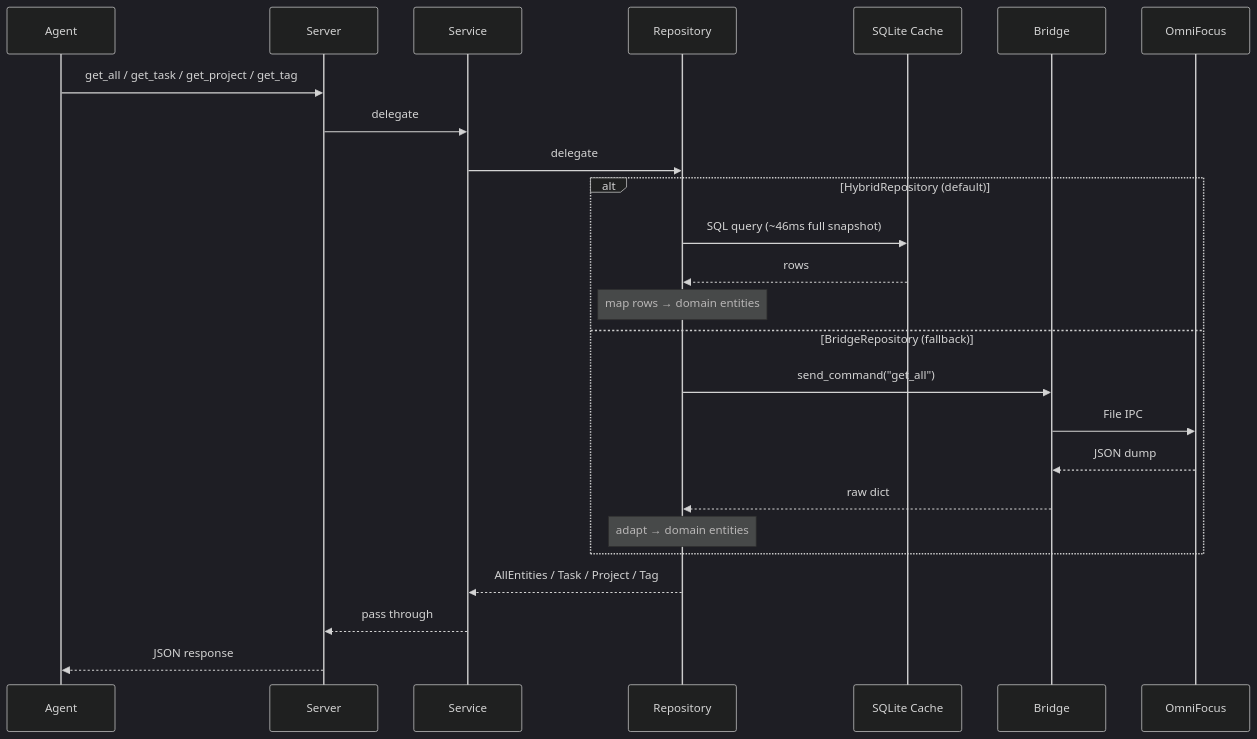
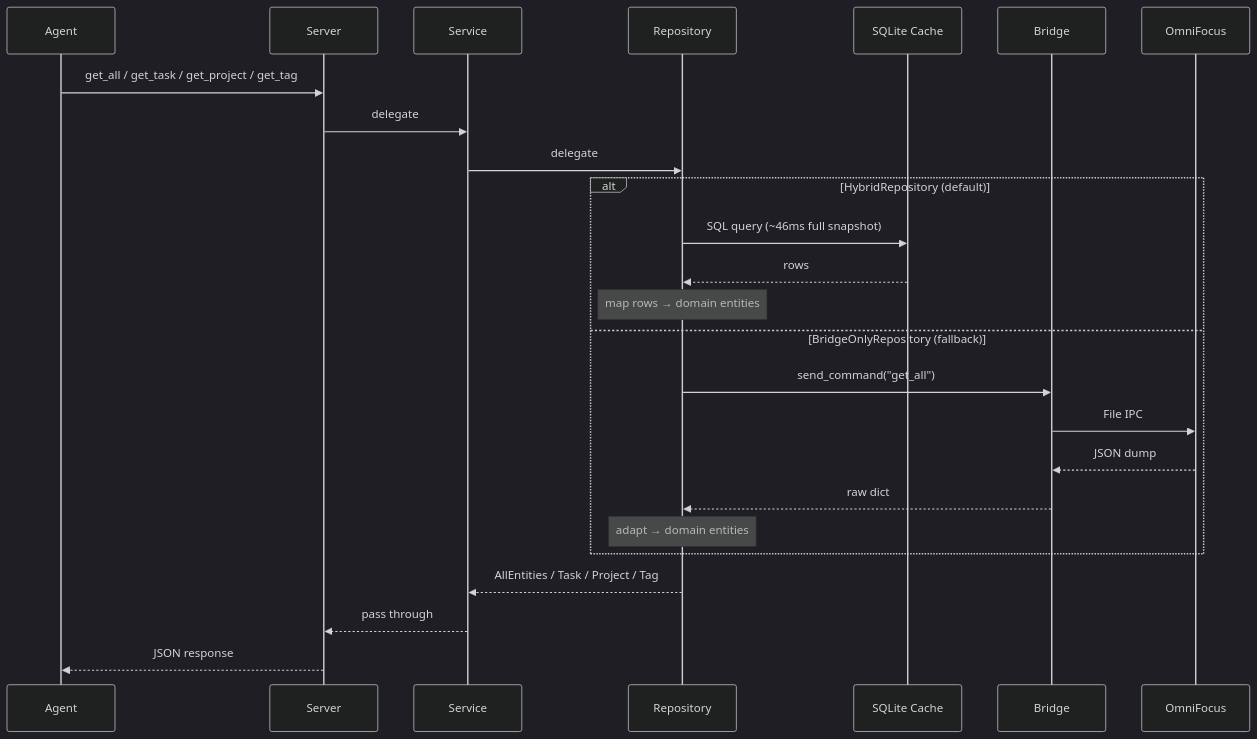
The fourth of 5 diagrams in docs/architecture.md (HelloThisIsFlo/omnifocus-operator), drawn with Mermaid (dark theme) before and after one commit. The commit also changed other lines of this file and 24 other files, not shown here.

First line of the commit message:
refactor: rename BridgeRepository → BridgeOnlyRepository

````diff
--- a/docs/architecture.md
+++ b/docs/architecture.md
@@ -197,30 +207,30 @@
 ```mermaid
 sequenceDiagram
     participant A as Agent
     participant S as Server
     participant Svc as Service
     participant R as Repository
     participant SQLite as SQLite Cache
     participant B as Bridge
     participant OF as OmniFocus
 
     A->>S: get_all / get_task / get_project / get_tag
     S->>Svc: delegate
     Svc->>R: delegate
 
     alt HybridRepository (default)
         R->>SQLite: SQL query (~46ms full snapshot)
         SQLite-->>R: rows
         Note over R: map rows → domain entities
-    else BridgeRepository (fallback)
+    else BridgeOnlyRepository (fallback)
         R->>B: send_command("get_all")
         B->>OF: File IPC
         OF-->>B: JSON dump
         B-->>R: raw dict
         Note over R: adapt → domain entities
     end
 
     R-->>Svc: AllEntities / Task / Project / Tag
     Svc-->>S: pass through
     S-->>A: JSON response
 ```
````
